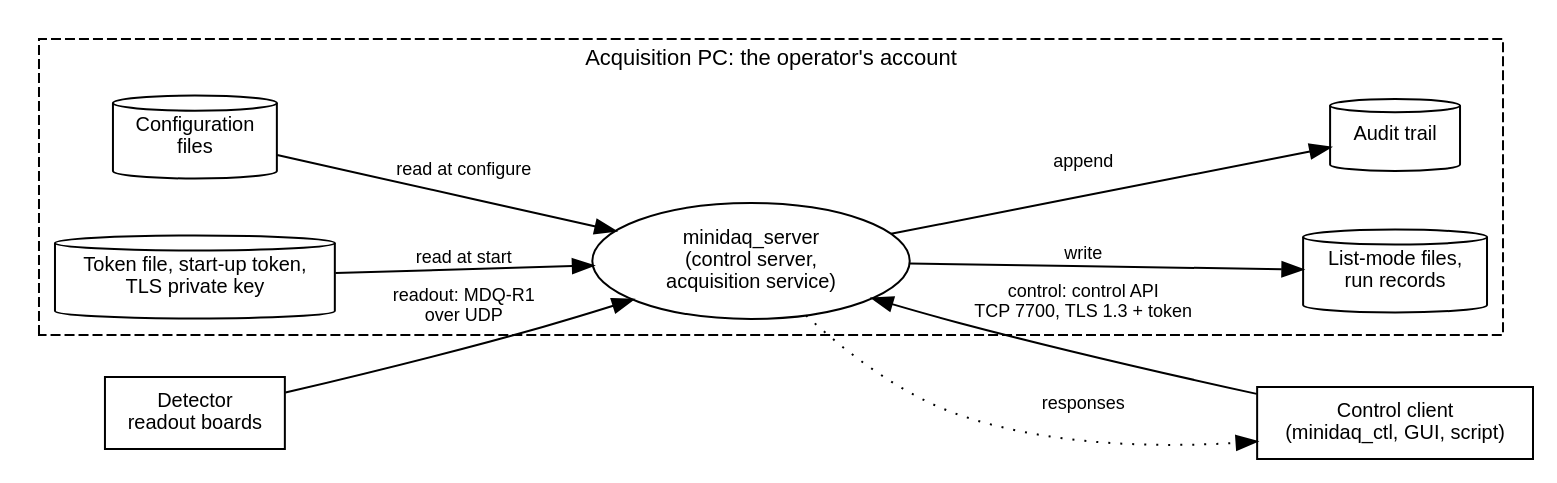
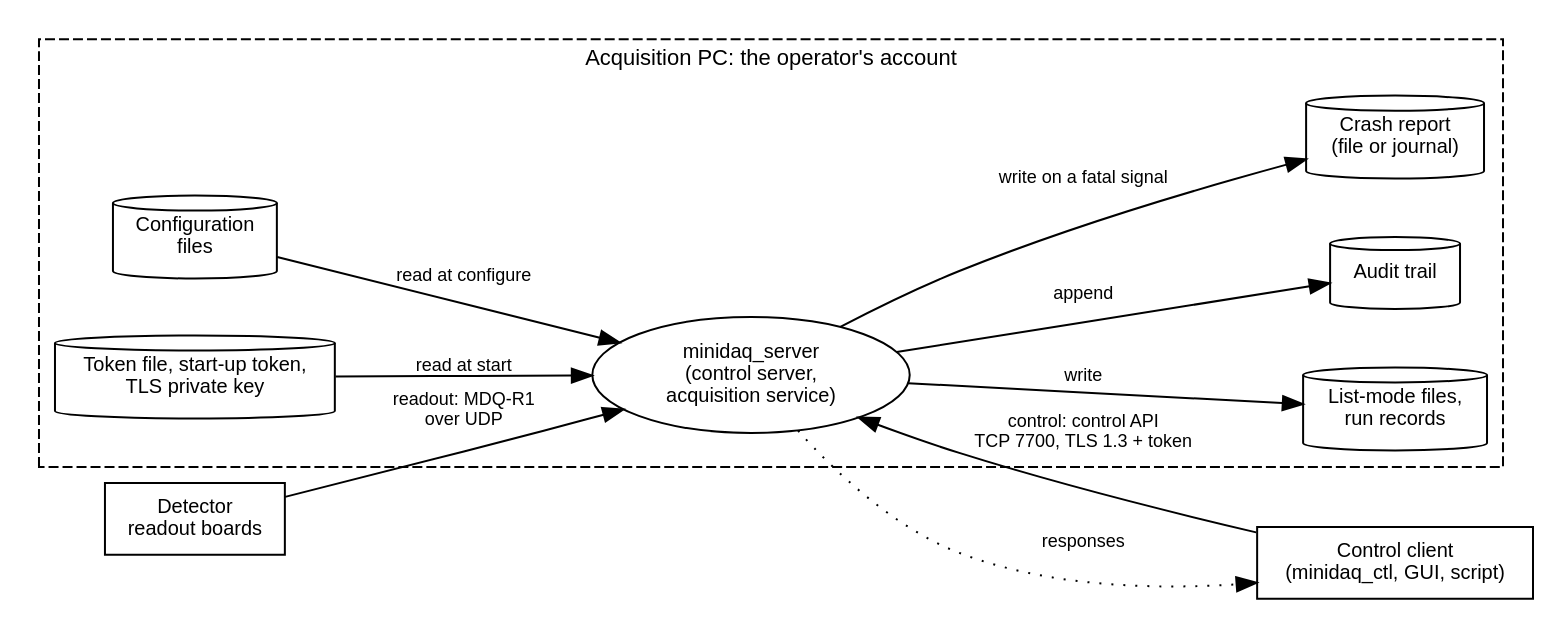
One commit to OussamaSegh/detector-to-diagnosis changed the diagram in docs/regulatory/security/dataflow.dot. Above: the diagram before and after it, drawn with Graphviz. The commit also changed 27 other files, not shown here.

```diff
--- a/docs/regulatory/security/dataflow.dot
+++ b/docs/regulatory/security/dataflow.dot
@@ -1,30 +1,32 @@
 // SPDX-License-Identifier: MIT
 // MiniDAQ's data flow diagram for the threat model (Chapter 17). The node names are the element
 // ids of threats.json; tools/check_threats.py checks that the two agree. Dashed boxes are trust
 // boundaries. Render: dot -Tsvg dataflow.dot -o dataflow.svg
 digraph minidaq_dataflow {
   graph [rankdir=LR, fontname="Helvetica", fontsize=11, nodesep=0.4, ranksep=0.7];
   node [fontname="Helvetica", fontsize=10];
   edge [fontname="Helvetica", fontsize=9];
 
   client [label="Control client\n(minidaq_ctl, GUI, script)", shape=box];
   detector [label="Detector\nreadout boards", shape=box];
 
   subgraph cluster_pc {
     label="Acquisition PC: the operator's account";
     style=dashed;
     server [label="minidaq_server\n(control server,\nacquisition service)", shape=ellipse];
     config [label="Configuration\nfiles", shape=cylinder];
     tokens [label="Token file, start-up token,\nTLS private key", shape=cylinder];
     listmode [label="List-mode files,\nrun records", shape=cylinder];
     audit [label="Audit trail", shape=cylinder];
+    crashreport [label="Crash report\n(file or journal)", shape=cylinder];
   }
 
   client -> server [label="control: control API\nTCP 7700, TLS 1.3 + token"];
   server -> client [label="responses", style=dotted];
   detector -> server [label="readout: MDQ-R1\nover UDP"];
   config -> server [label="read at configure"];
   tokens -> server [label="read at start"];
   server -> listmode [label="write"];
   server -> audit [label="append"];
+  server -> crashreport [label="write on a fatal signal"];
 }
```
